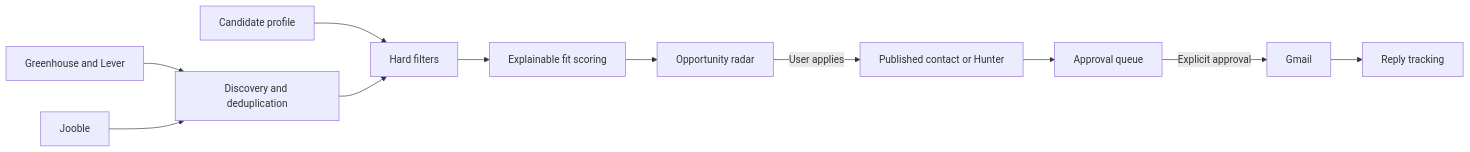
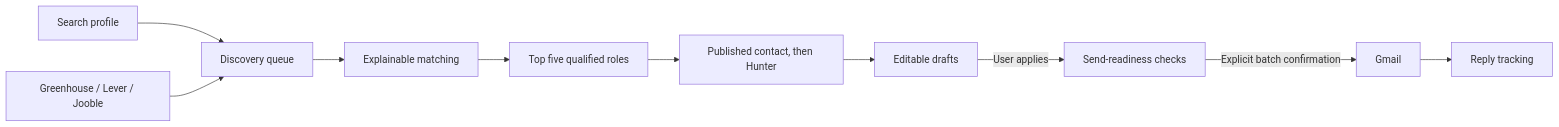
The diagram in README.md (abhinavkr26104/cold-email-agent), drawn with Mermaid before and after one commit. The commit also changed other lines of this file and 29 other files, not shown here.

````diff
--- a/README.md
+++ b/README.md
@@ -11,13 +10,12 @@
 ```mermaid
 flowchart LR
-    P[Candidate profile] --> F[Hard filters]
-    A[Greenhouse and Lever] --> D[Discovery and deduplication]
-    J[Jooble] --> D
-    D --> F
-    F --> M[Explainable fit scoring]
-    M --> S[Opportunity radar]
-    S -->|User applies| C[Published contact or Hunter]
-    C --> Q[Approval queue]
-    Q -->|Explicit approval| G[Gmail]
-    G --> R[Reply tracking]
+    P[Search profile] --> D[Discovery queue]
+    A[Greenhouse / Lever / Jooble] --> D
+    D --> M[Explainable matching]
+    M --> T[Top five qualified roles]
+    T --> C[Published contact, then Hunter]
+    C --> R[Editable drafts]
+    R -->|User applies| Q[Send-readiness checks]
+    Q -->|Explicit batch confirmation| G[Gmail]
+    G --> Y[Reply tracking]
 ```
````
